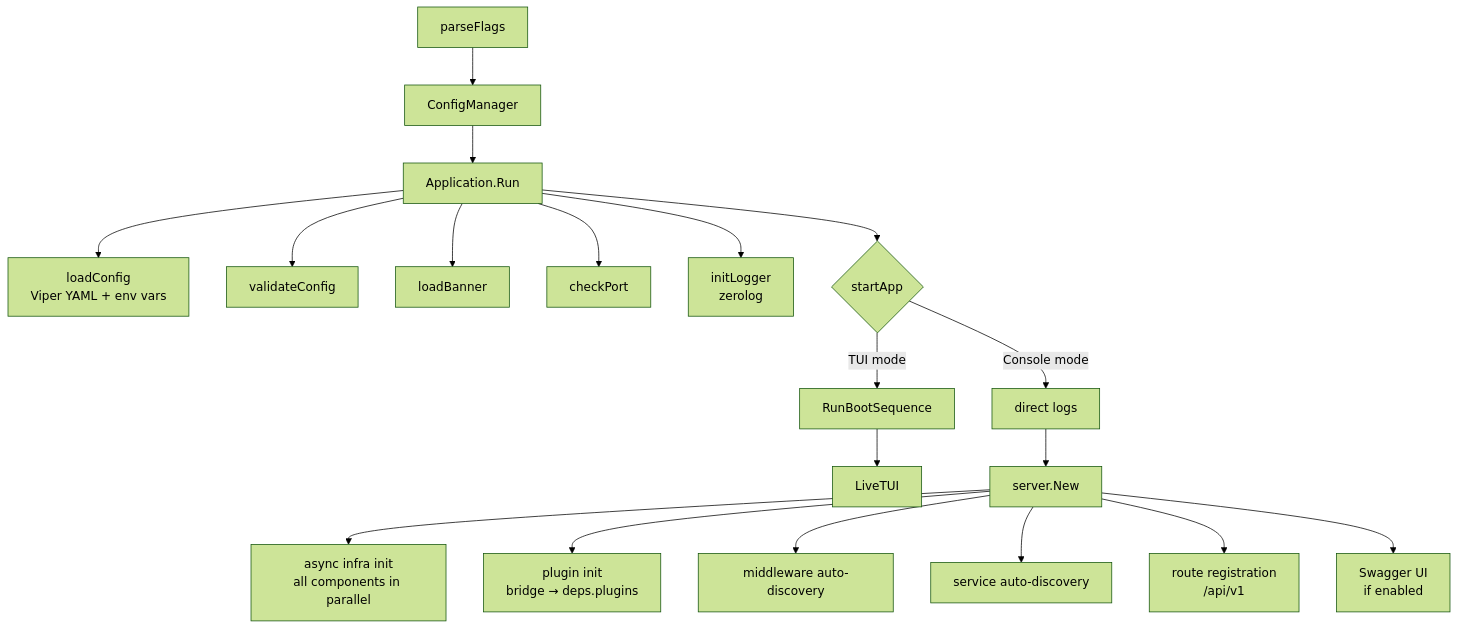
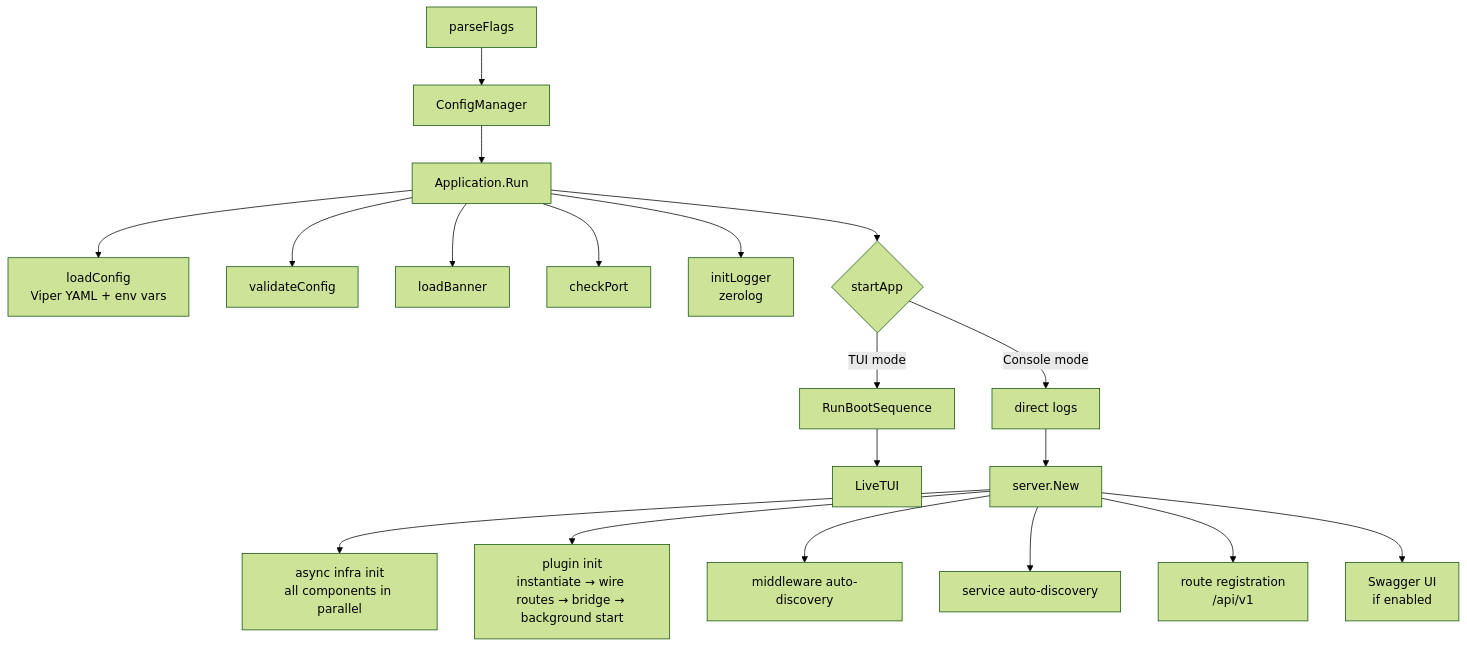
One commit to diameter-tscd/stackyrd changed the first of 4 diagrams in docs_wiki/ARCHITECTURE.md. Above: the diagram before and after it, drawn with Mermaid (forest theme). The commit also changed other lines of this file and 19 other files, not shown here.

First line of the commit message:
feat(plugin): add HTTP routes, persistent state, background execution, and WebSocket support

````diff
--- a/docs_wiki/ARCHITECTURE.md
+++ b/docs_wiki/ARCHITECTURE.md
@@ -17,21 +17,21 @@
 ```mermaid
 flowchart TD
     A[parseFlags] --> B[ConfigManager]
     B --> C[Application.Run]
     C --> D[loadConfig<br/>Viper YAML + env vars]
     C --> E[validateConfig]
     C --> F[loadBanner]
     C --> G[checkPort]
     C --> H[initLogger<br/>zerolog]
     C --> I{startApp}
     I -->|TUI mode| J[RunBootSequence]
     J --> K[LiveTUI]
     I -->|Console mode| L[direct logs]
     L --> M[server.New]
     M --> N[async infra init<br/>all components in parallel]
-    M --> O[plugin init<br/>bridge → deps.plugins]
+    M --> O[plugin init<br/>instantiate → wire routes → bridge → background start]
     M --> P[middleware auto-discovery]
     M --> Q[service auto-discovery]
     M --> R[route registration<br/>/api/v1]
     M --> S[Swagger UI<br/>if enabled]
 ```
````
